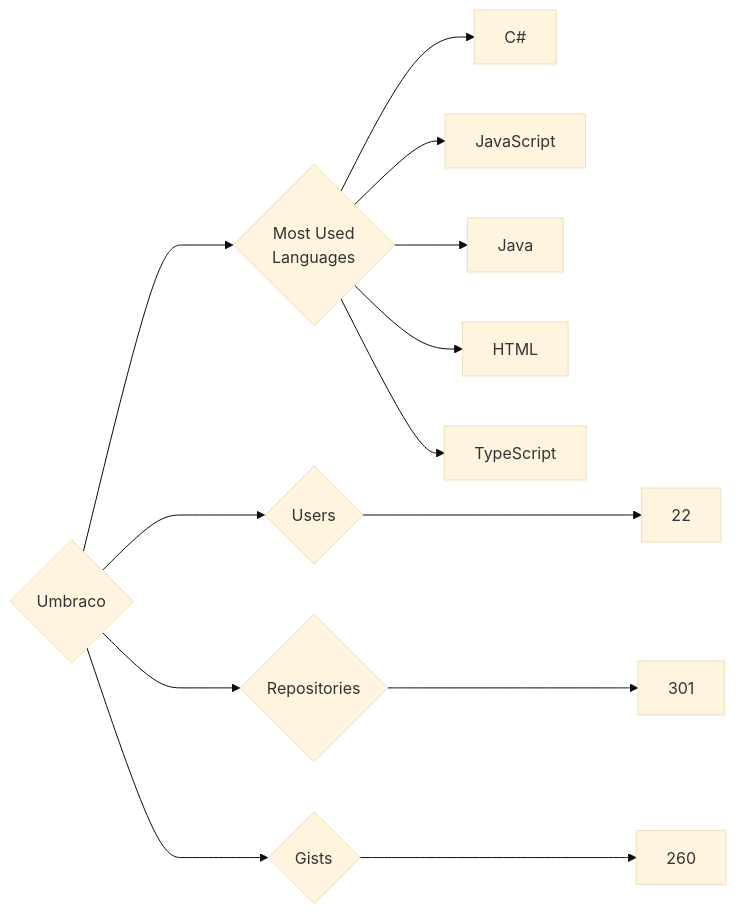
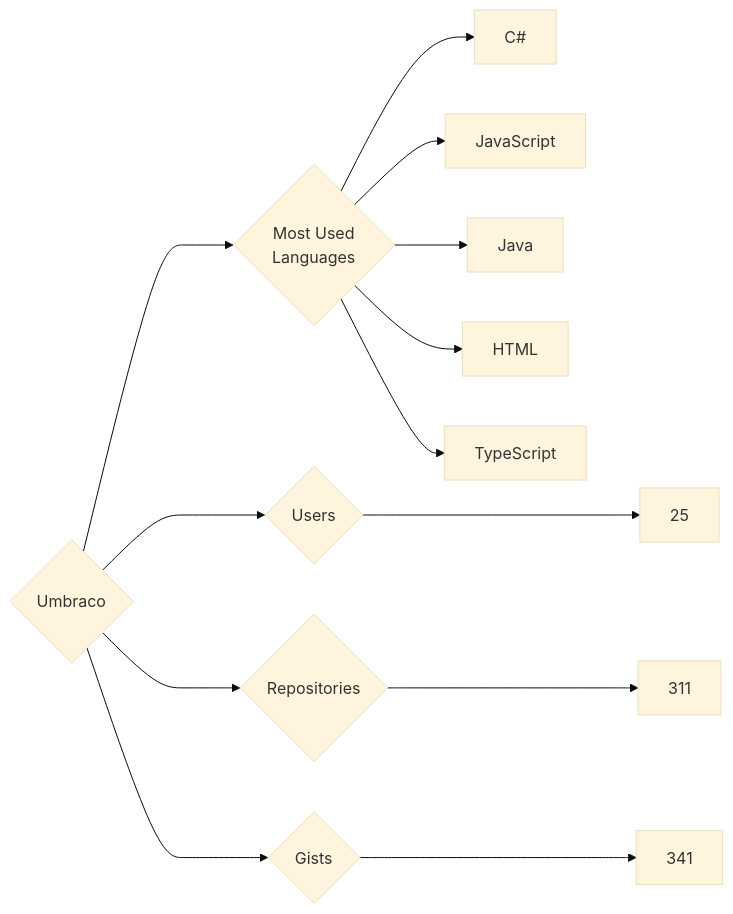
Before and after one commit to trickest/insiders: the diagram in targets/Umbraco/README.md, drawn with Mermaid (base theme). The commit also changed 898 other files, not shown here.

````diff
--- a/targets/Umbraco/README.md
+++ b/targets/Umbraco/README.md
@@ -3,13 +3,13 @@
 ```mermaid
 graph LR
 COMPANY_NAME{Umbraco}
-COMPANY_NAME ---> U{Users} ---> UN[22]
-COMPANY_NAME ---> R{Repositories} ---> RN[301]
-COMPANY_NAME ---> G{Gists} ---> GN[260]
+COMPANY_NAME ---> U{Users} ---> UN[25]
+COMPANY_NAME ---> R{Repositories} ---> RN[311]
+COMPANY_NAME ---> G{Gists} ---> GN[341]
 COMPANY_NAME ---> ML{Most Used<br>Languages}
 ML --> C#[C#]
 ML --> JavaScript[JavaScript]
 ML --> Java[Java]
 ML --> HTML[HTML]
 ML --> TypeScript[TypeScript]
 ```
````
